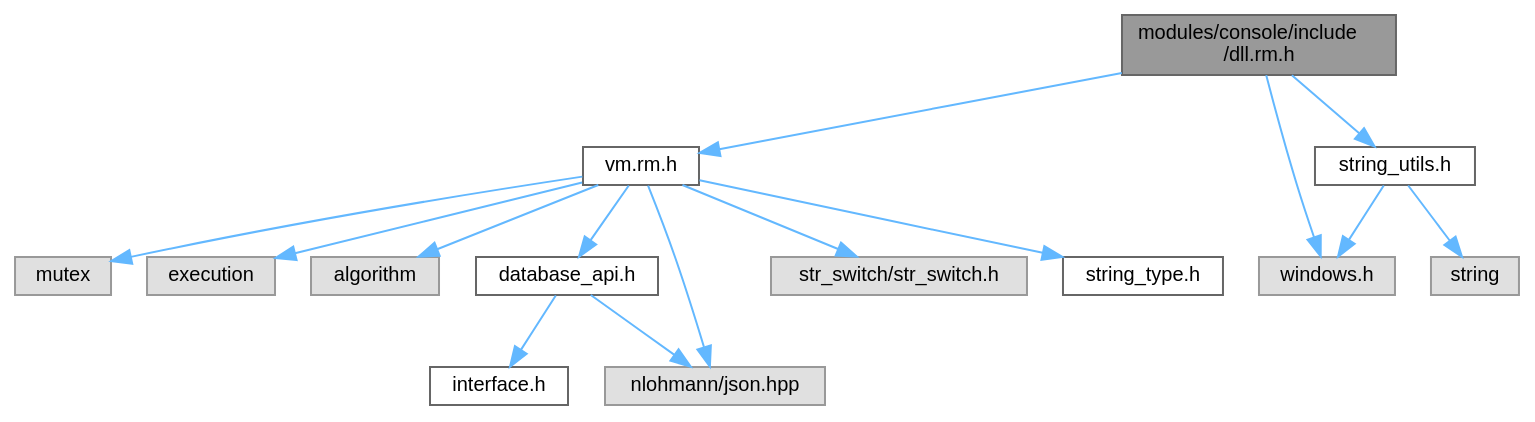
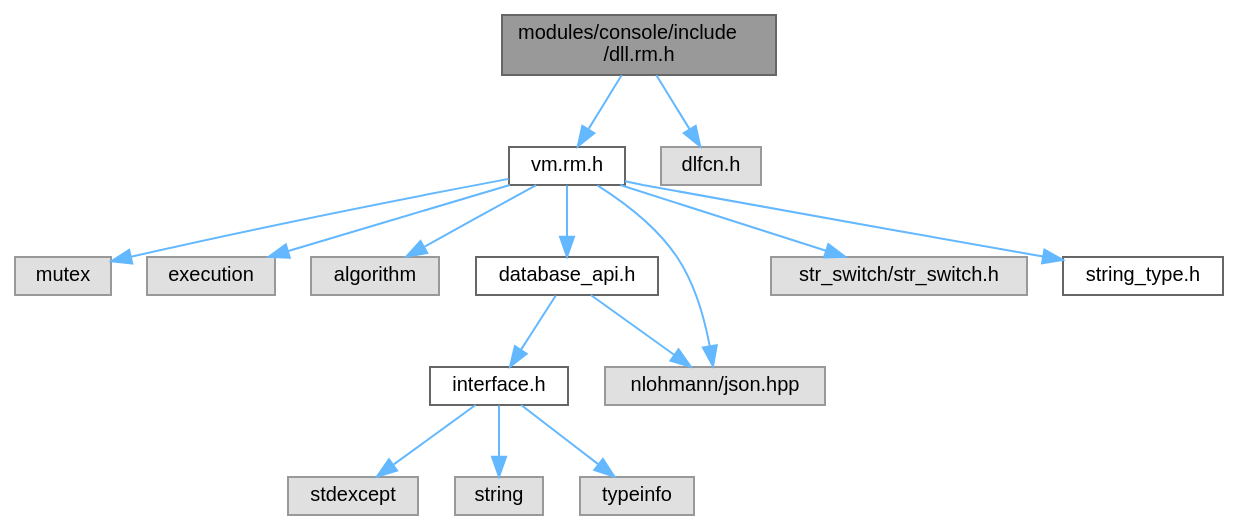
Before and after one commit to netkeep80/jsonRVM: the diagram in dll_8rm_8h__incl.dot, drawn with Graphviz. The commit also changed 169 other files, not shown here.

```diff
--- a/dll_8rm_8h__incl.dot
+++ b/dll_8rm_8h__incl.dot
@@ -1,34 +1,35 @@
 digraph "modules/console/include/dll.rm.h"
 {
  // LATEX_PDF_SIZE
   bgcolor="transparent";
   edge [fontname=Helvetica,fontsize=10,labelfontname=Helvetica,labelfontsize=10];
   node [fontname=Helvetica,fontsize=10,shape=box,height=0.2,width=0.4];
   Node1 [id="Node000001",label="modules/console/include\l/dll.rm.h",height=0.2,width=0.4,color="gray40", fillcolor="grey60", style="filled", fontcolor="black",tooltip=" "];
   Node1 -> Node2 [id="edge1_Node000001_Node000002",color="steelblue1",style="solid",tooltip=" "];
   Node2 [id="Node000002",label="vm.rm.h",height=0.2,width=0.4,color="grey40", fillcolor="white", style="filled",URL="$vm_8rm_8h.html",tooltip=" "];
   Node2 -> Node3 [id="edge2_Node000002_Node000003",color="steelblue1",style="solid",tooltip=" "];
   Node3 [id="Node000003",label="mutex",height=0.2,width=0.4,color="grey60", fillcolor="#E0E0E0", style="filled",tooltip=" "];
   Node2 -> Node4 [id="edge3_Node000002_Node000004",color="steelblue1",style="solid",tooltip=" "];
   Node4 [id="Node000004",label="execution",height=0.2,width=0.4,color="grey60", fillcolor="#E0E0E0", style="filled",tooltip=" "];
   Node2 -> Node5 [id="edge4_Node000002_Node000005",color="steelblue1",style="solid",tooltip=" "];
   Node5 [id="Node000005",label="algorithm",height=0.2,width=0.4,color="grey60", fillcolor="#E0E0E0", style="filled",tooltip=" "];
   Node2 -> Node6 [id="edge5_Node000002_Node000006",color="steelblue1",style="solid",tooltip=" "];
   Node6 [id="Node000006",label="database_api.h",height=0.2,width=0.4,color="grey40", fillcolor="white", style="filled",URL="$database__api_8h.html",tooltip=" "];
   Node6 -> Node7 [id="edge6_Node000006_Node000007",color="steelblue1",style="solid",tooltip=" "];
   Node7 [id="Node000007",label="interface.h",height=0.2,width=0.4,color="grey40", fillcolor="white", style="filled",URL="$interface_8h.html",tooltip=" "];
-  Node6 -> Node8 [id="edge7_Node000006_Node000008",color="steelblue1",style="solid",tooltip=" "];
-  Node8 [id="Node000008",label="nlohmann/json.hpp",height=0.2,width=0.4,color="grey60", fillcolor="#E0E0E0", style="filled",tooltip=" "];
-  Node2 -> Node8 [id="edge8_Node000002_Node000008",color="steelblue1",style="solid",tooltip=" "];
-  Node2 -> Node9 [id="edge9_Node000002_Node000009",color="steelblue1",style="solid",tooltip=" "];
-  Node9 [id="Node000009",label="str_switch/str_switch.h",height=0.2,width=0.4,color="grey60", fillcolor="#E0E0E0", style="filled",tooltip=" "];
-  Node2 -> Node10 [id="edge10_Node000002_Node000010",color="steelblue1",style="solid",tooltip=" "];
-  Node10 [id="Node000010",label="string_type.h",height=0.2,width=0.4,color="grey40", fillcolor="white", style="filled",URL="$string__type_8h.html",tooltip=" "];
-  Node1 -> Node11 [id="edge11_Node000001_Node000011",color="steelblue1",style="solid",tooltip=" "];
-  Node11 [id="Node000011",label="windows.h",height=0.2,width=0.4,color="grey60", fillcolor="#E0E0E0", style="filled",tooltip=" "];
-  Node1 -> Node12 [id="edge12_Node000001_Node000012",color="steelblue1",style="solid",tooltip=" "];
-  Node12 [id="Node000012",label="string_utils.h",height=0.2,width=0.4,color="grey40", fillcolor="white", style="filled",URL="$string__utils_8h.html",tooltip=" "];
-  Node12 -> Node13 [id="edge13_Node000012_Node000013",color="steelblue1",style="solid",tooltip=" "];
-  Node13 [id="Node000013",label="string",height=0.2,width=0.4,color="grey60", fillcolor="#E0E0E0", style="filled",tooltip=" "];
-  Node12 -> Node11 [id="edge14_Node000012_Node000011",color="steelblue1",style="solid",tooltip=" "];
+  Node7 -> Node8 [id="edge7_Node000007_Node000008",color="steelblue1",style="solid",tooltip=" "];
+  Node8 [id="Node000008",label="stdexcept",height=0.2,width=0.4,color="grey60", fillcolor="#E0E0E0", style="filled",tooltip=" "];
+  Node7 -> Node9 [id="edge8_Node000007_Node000009",color="steelblue1",style="solid",tooltip=" "];
+  Node9 [id="Node000009",label="string",height=0.2,width=0.4,color="grey60", fillcolor="#E0E0E0", style="filled",tooltip=" "];
+  Node7 -> Node10 [id="edge9_Node000007_Node000010",color="steelblue1",style="solid",tooltip=" "];
+  Node10 [id="Node000010",label="typeinfo",height=0.2,width=0.4,color="grey60", fillcolor="#E0E0E0", style="filled",tooltip=" "];
+  Node6 -> Node11 [id="edge10_Node000006_Node000011",color="steelblue1",style="solid",tooltip=" "];
+  Node11 [id="Node000011",label="nlohmann/json.hpp",height=0.2,width=0.4,color="grey60", fillcolor="#E0E0E0", style="filled",tooltip=" "];
+  Node2 -> Node11 [id="edge11_Node000002_Node000011",color="steelblue1",style="solid",tooltip=" "];
+  Node2 -> Node12 [id="edge12_Node000002_Node000012",color="steelblue1",style="solid",tooltip=" "];
+  Node12 [id="Node000012",label="str_switch/str_switch.h",height=0.2,width=0.4,color="grey60", fillcolor="#E0E0E0", style="filled",tooltip=" "];
+  Node2 -> Node13 [id="edge13_Node000002_Node000013",color="steelblue1",style="solid",tooltip=" "];
+  Node13 [id="Node000013",label="string_type.h",height=0.2,width=0.4,color="grey40", fillcolor="white", style="filled",URL="$string__type_8h.html",tooltip=" "];
+  Node1 -> Node14 [id="edge14_Node000001_Node000014",color="steelblue1",style="solid",tooltip=" "];
+  Node14 [id="Node000014",label="dlfcn.h",height=0.2,width=0.4,color="grey60", fillcolor="#E0E0E0", style="filled",tooltip=" "];
 }
```
